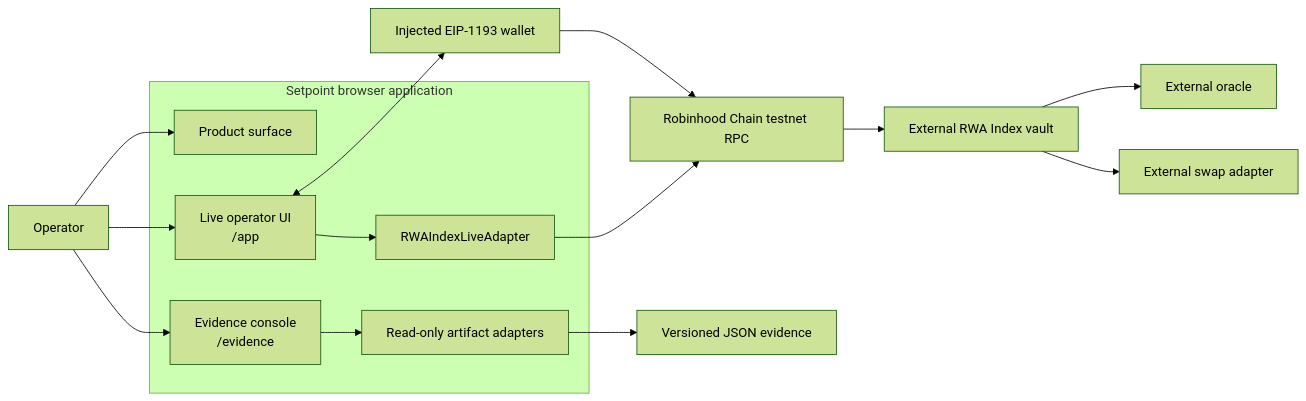
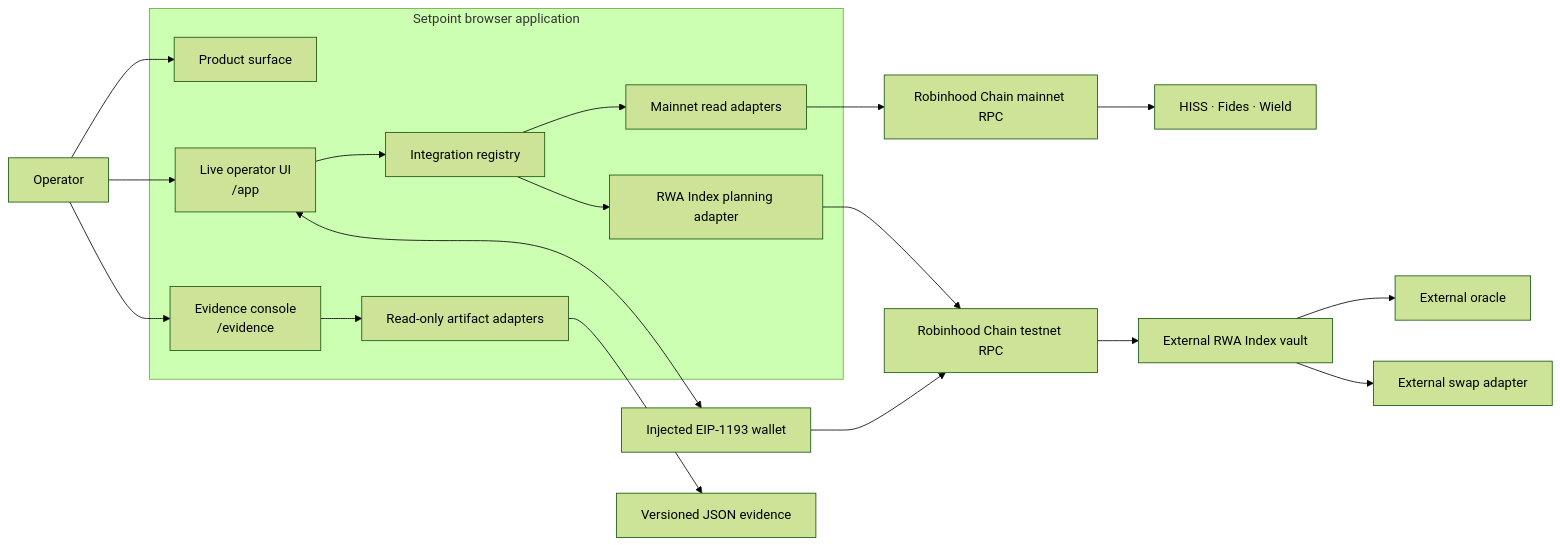
One commit to karagozemin/setpoint changed the first of 4 diagrams in docs/ARCHITECTURE.md. Above: the diagram before and after it, drawn with Mermaid (forest theme). The commit also changed other lines of this file and 13 other files, not shown here.

Commit message:
feat: add integration smoke test command and enhance README with live integration details

````diff
--- a/docs/ARCHITECTURE.md
+++ b/docs/ARCHITECTURE.md
@@ -33,31 +34,38 @@
 ```mermaid
 flowchart LR
     Operator[Operator]
 
     subgraph Browser[Setpoint browser application]
         Landing[Product surface]
         Live[Live operator UI<br/>/app]
         Evidence[Evidence console<br/>/evidence]
-        Adapter[RWAIndexLiveAdapter]
+        Registry[Integration registry]
+        ReadAdapters[Mainnet read adapters]
+        Planner[RWA Index planning adapter]
         ArtifactAdapter[Read-only artifact adapters]
     end
 
     Wallet[Injected EIP-1193 wallet]
-    RPC[Robinhood Chain testnet RPC]
+    MainnetRPC[Robinhood Chain mainnet RPC]
+    TestnetRPC[Robinhood Chain testnet RPC]
+    MainnetVaults[HISS · Fides · Wield]
     Vault[External RWA Index vault]
     Oracle[External oracle]
     Swap[External swap adapter]
     Artifacts[Versioned JSON evidence]
 
     Operator --> Landing
     Operator --> Live
     Operator --> Evidence
-    Live --> Adapter
-    Adapter --> RPC
+    Live --> Registry
+    Registry --> ReadAdapters
+    Registry --> Planner
+    ReadAdapters --> MainnetRPC --> MainnetVaults
+    Planner --> TestnetRPC
     Live <--> Wallet
-    Wallet --> RPC
-    RPC --> Vault
+    Wallet --> TestnetRPC
+    TestnetRPC --> Vault
     Vault --> Oracle
     Vault --> Swap
     Evidence --> ArtifactAdapter --> Artifacts
 ```
````
